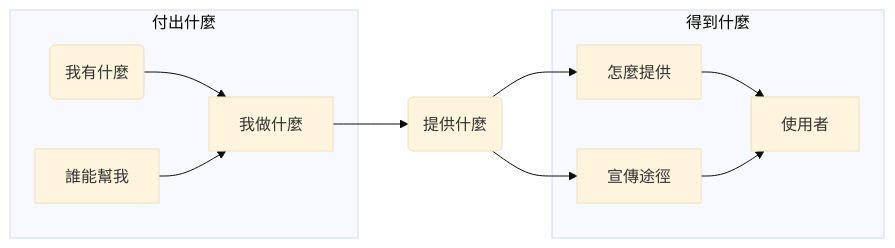
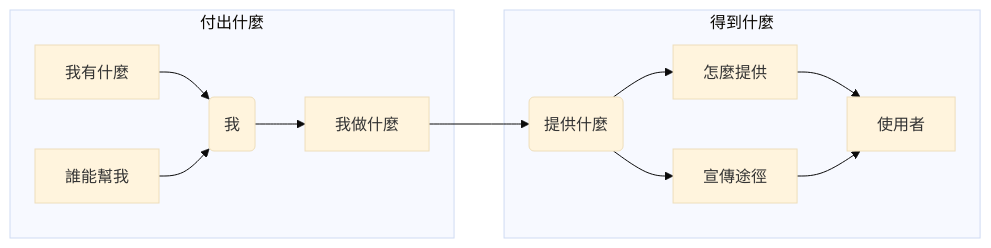
The diagram in source/_posts/personal-canvas.md (gasolin/blog), drawn with Mermaid (base theme) before and after one commit.

Commit message:
update diagram

````diff
--- a/source/_posts/personal-canvas.md
+++ b/source/_posts/personal-canvas.md
@@ -77,22 +77,24 @@
 ```mermaid
 graph LR
-    have(我有什麼)
+    me(我)
+    have[我有什麼]
     help[誰能幫我]
     do[我做什麼]
     provide(提供什麼)
     how[怎麼提供]
     channel[宣傳途徑]
     user[使用者]
 
     subgraph 付出什麼
-	have --> do
-    help --> do
+	  have --> me
+    help --> me
+    me --> do
     end
     do --> provide
+    subgraph 得到什麼
     provide --> how
     provide --> channel
-    subgraph 得到什麼
     how --> user
     channel --> user
     end
 ```
````
